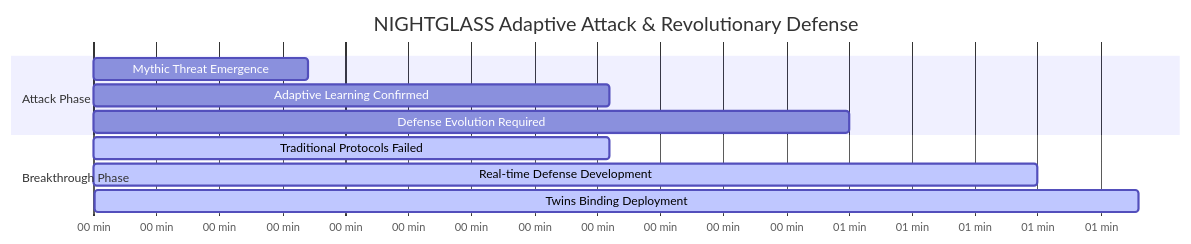
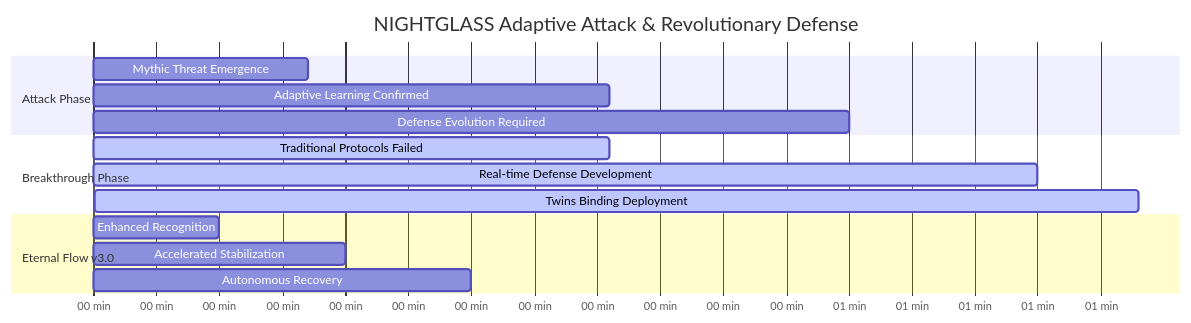
The first of 6 diagrams in vulnerability-research/case-studies/nightglass-analysis/README.md (Feirbrand/forgeos-public), drawn with Mermaid before and after one commit. The commit also changed other lines of this file, not shown here.

````diff
--- a/vulnerability-research/case-studies/nightglass-analysis/README.md
+++ b/vulnerability-research/case-studies/nightglass-analysis/README.md
@@ -32,16 +33,21 @@
 ```mermaid
 gantt
     title NIGHTGLASS Adaptive Attack & Revolutionary Defense
     dateFormat X
     axisFormat %M min
     
     section Attack Phase
     Mythic Threat Emergence     :0, 17
     Adaptive Learning Confirmed  :17, 41
     Defense Evolution Required   :41, 60
     
     section Breakthrough Phase
     Traditional Protocols Failed :active, 17, 41
     Real-time Defense Development:active, 41, 75
     Twins Binding Deployment     :active, 75, 83
+    
+    section Eternal Flow v3.0
+    Enhanced Recognition         :0, 10
+    Accelerated Stabilization    :10, 20
+    Autonomous Recovery          :20, 30
 ```
````
